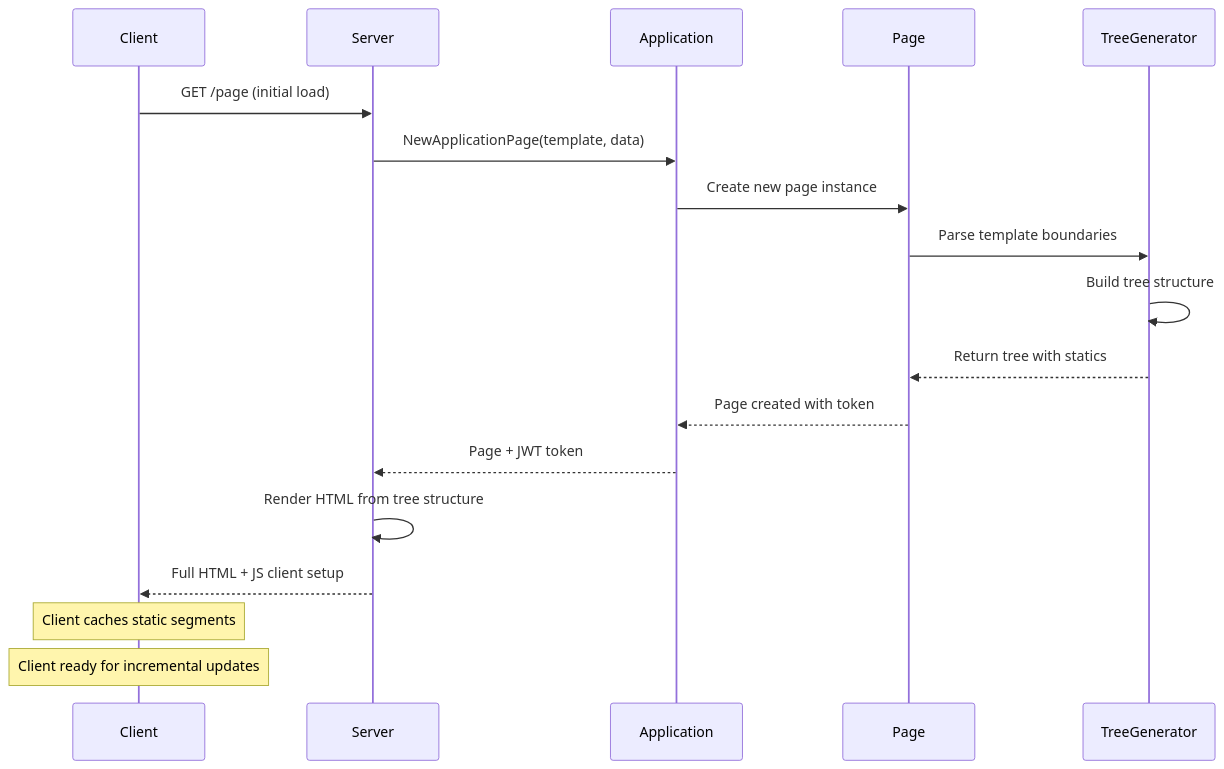
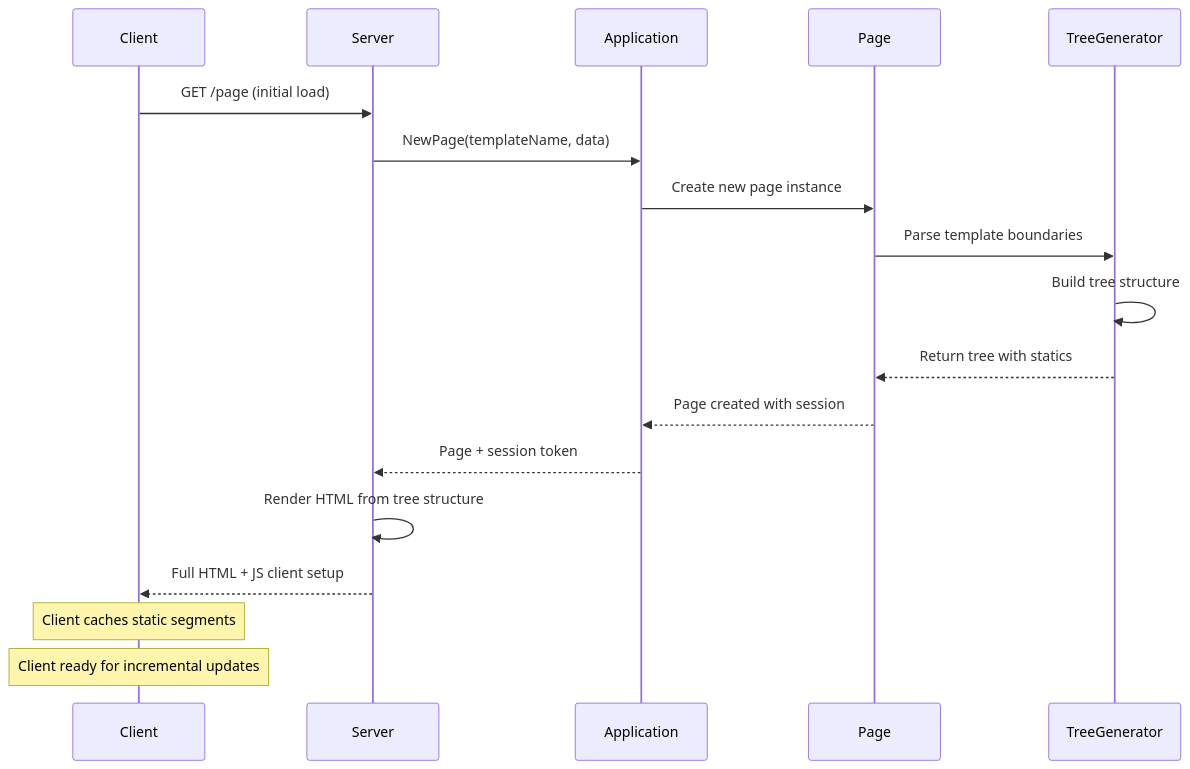
Before and after one commit to livetemplate/livetemplate: the second of 5 diagrams in docs/HLD.md, drawn with Mermaid. The commit also changed other lines of this file and 16 other files, not shown here.

````diff
--- a/docs/HLD.md
+++ b/docs/HLD.md
@@ -156,22 +156,22 @@
 ```mermaid
 sequenceDiagram
     participant C as Client
     participant S as Server
     participant A as Application
     participant P as Page
     participant T as TreeGenerator
     
     C->>S: GET /page (initial load)
-    S->>A: NewApplicationPage(template, data)
+    S->>A: NewPage(templateName, data)
     A->>P: Create new page instance
     P->>T: Parse template boundaries
     T->>T: Build tree structure
     T-->>P: Return tree with statics
-    P-->>A: Page created with token
-    A-->>S: Page + JWT token
+    P-->>A: Page created with session
+    A-->>S: Page + session token
     S->>S: Render HTML from tree structure
     S-->>C: Full HTML + JS client setup
     
     Note over C: Client caches static segments
     Note over C: Client ready for incremental updates
 ```
````
